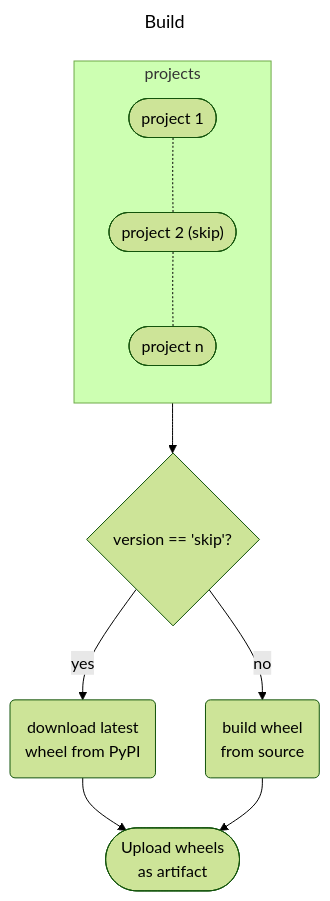
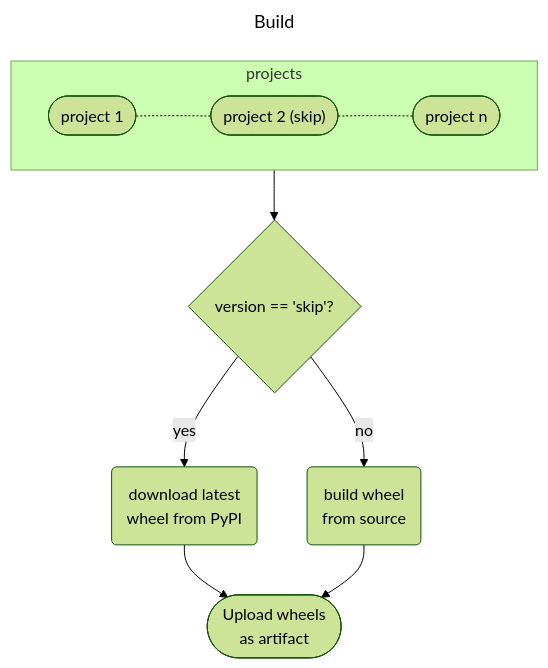
The first of 2 diagrams in docs/design.md (spine-tools/spine-conductor), drawn with Mermaid (forest theme) before and after one commit.

Commit message:
docs/design.md: fix orientation
FIXME: remove arrow between projects

````diff
--- a/docs/design.md
+++ b/docs/design.md
@@ -76,15 +76,15 @@
 ```mermaid
 ---
 title: Build
 ---
 flowchart TD
     subgraph projects
-      direction TB
+      direction LR
       A1(["project 1"]) -.- A2(["project 2 (skip)"]) -.- An(["project n"])
     end
     projects --> B{version == 'skip'? }
     B -- yes --> C(download latest <br/> wheel from PyPI)
     B -- no --> D(build wheel <br/> from source)
     C --> E([Upload wheels <br/> as artifact])
     D --> E
 ```
````
